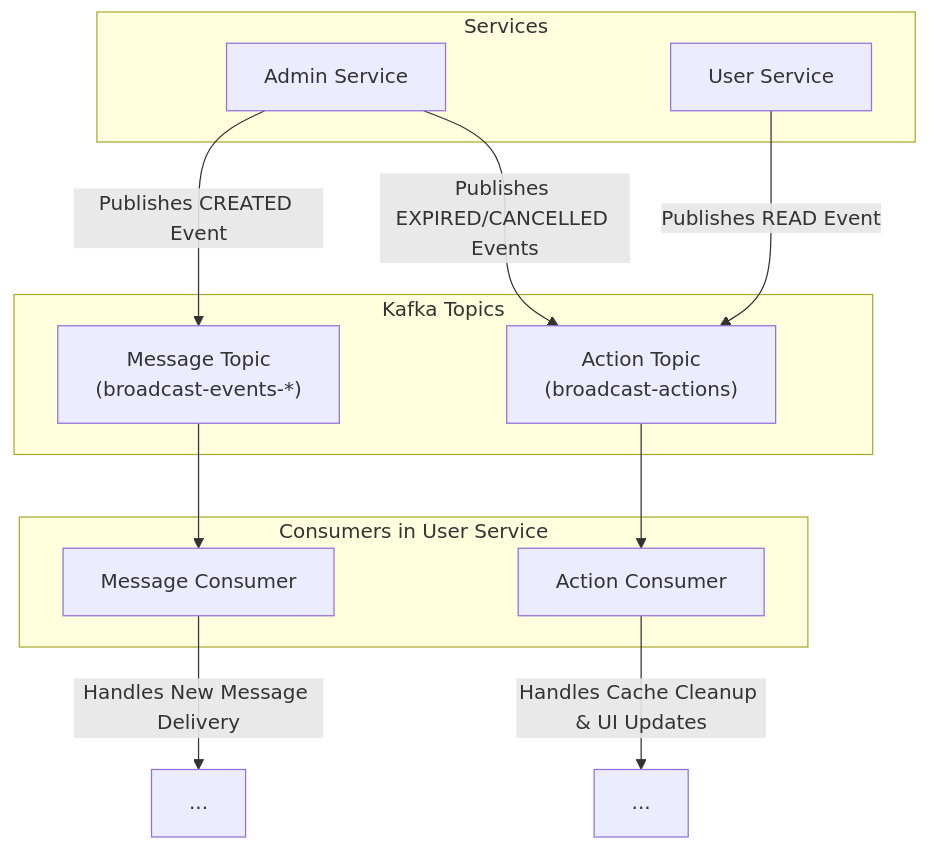
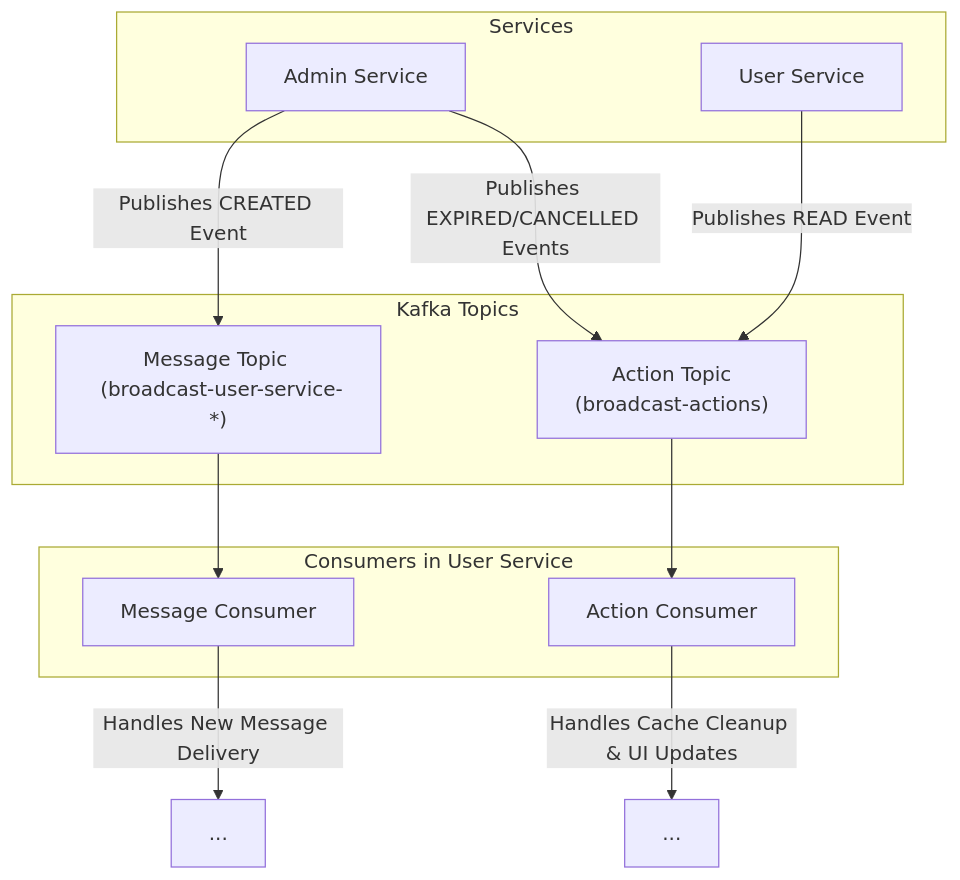
Before and after one commit to rsrini7/Notification-SSE-GLM-Flux: the diagram in MermaidDiagrams/graph-broadcast-actions.mmd, drawn with Mermaid. The commit also changed 20 other files, not shown here.

First line of the commit message:
refactor(kafka): rename broadcast-events to broadcast-user-service for clarity

```diff
--- a/MermaidDiagrams/graph-broadcast-actions.mmd
+++ b/MermaidDiagrams/graph-broadcast-actions.mmd
@@ -1,25 +1,25 @@
 graph TD
     subgraph "Services"
         AdminService["Admin Service"]
         UserService["User Service"]
     end
 
     subgraph "Kafka Topics"
-        MessageTopic["Message Topic <br/> (broadcast-events-*)"]
+        MessageTopic["Message Topic <br/> (broadcast-user-service-*)"]
         ActionTopic["Action Topic <br/> (broadcast-actions)"]
     end
 
     subgraph "Consumers in User Service"
         MessageConsumer["Message Consumer"]
         ActionConsumer["Action Consumer"]
     end
 
     AdminService -- "Publishes CREATED Event" --> MessageTopic
     AdminService -- "Publishes EXPIRED/CANCELLED Events" --> ActionTopic
     UserService -- "Publishes READ Event" --> ActionTopic
 
     MessageTopic --> MessageConsumer
     ActionTopic --> ActionConsumer
 
     MessageConsumer -- "Handles New Message Delivery" --> Logic1[...]
     ActionConsumer -- "Handles Cache Cleanup & UI Updates" --> Logic2[...]
```
